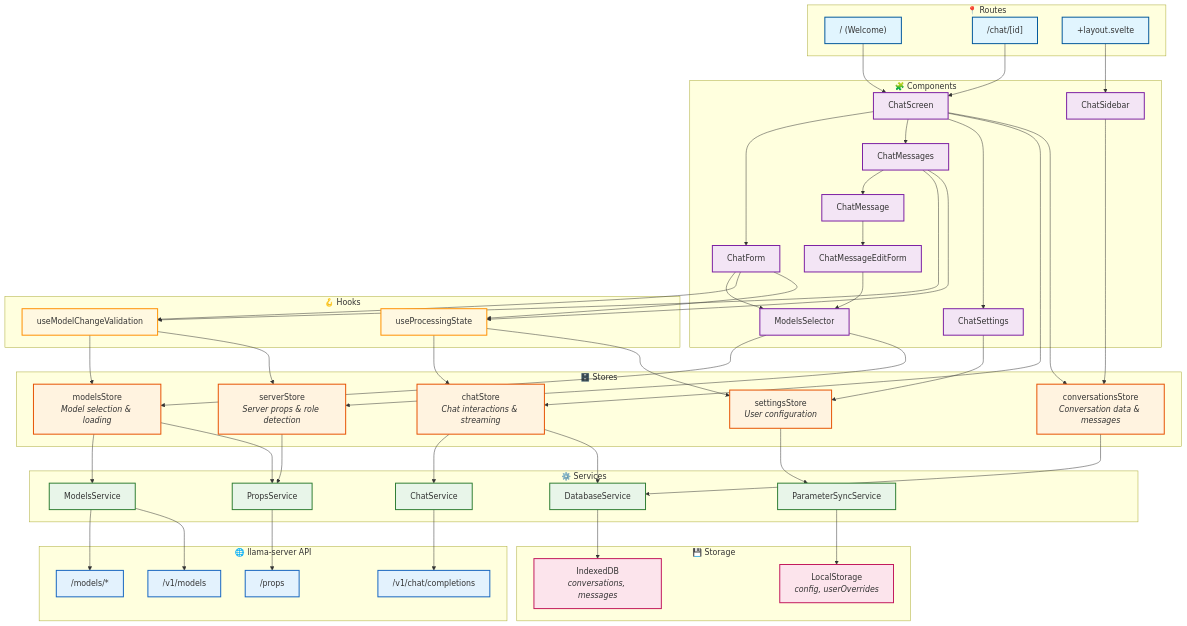
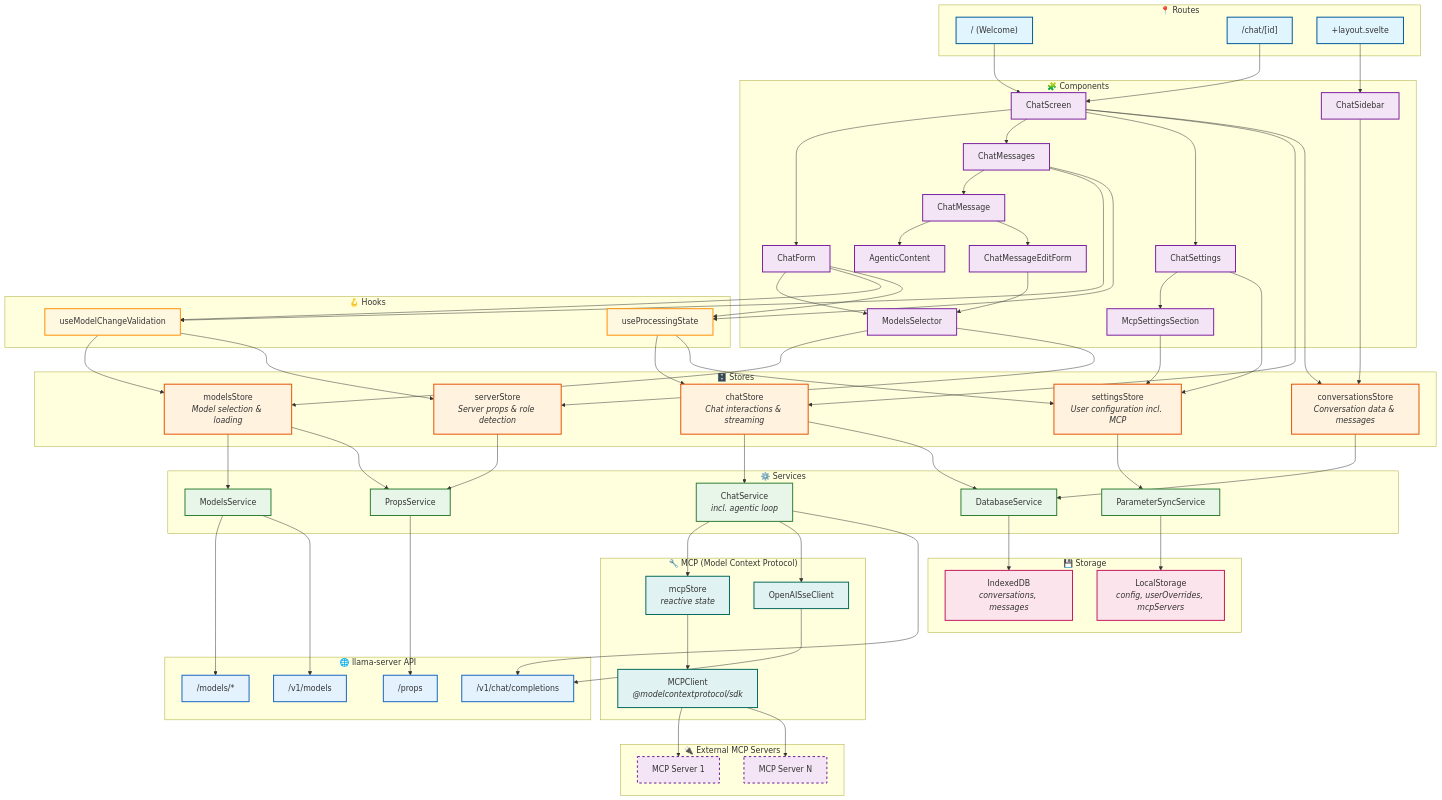
Before and after one commit to auroralabs-loci/llama.cpp: the diagram in tools/server/webui/docs/architecture/high-level-architecture-simplified.md, drawn with Mermaid. The commit also changed 1 other file, not shown here.

Commit message:
docs: Update high-level architecture diagrams for MCP integration

````diff
--- a/tools/server/webui/docs/architecture/high-level-architecture-simplified.md
+++ b/tools/server/webui/docs/architecture/high-level-architecture-simplified.md
@@ -12,9 +12,11 @@
         C_Form["ChatForm"]
         C_Messages["ChatMessages"]
         C_Message["ChatMessage"]
+        C_AgenticContent["AgenticContent"]
         C_MessageEditForm["ChatMessageEditForm"]
         C_ModelsSelector["ModelsSelector"]
         C_Settings["ChatSettings"]
+        C_McpSettings["McpSettingsSection"]
     end
 
     subgraph Hooks["🪝 Hooks"]
@@ -27,20 +29,26 @@
         S2["conversationsStore<br/><i>Conversation data & messages</i>"]
         S3["modelsStore<br/><i>Model selection & loading</i>"]
         S4["serverStore<br/><i>Server props & role detection</i>"]
-        S5["settingsStore<br/><i>User configuration</i>"]
+        S5["settingsStore<br/><i>User configuration incl. MCP</i>"]
     end
 
     subgraph Services["⚙️ Services"]
-        SV1["ChatService"]
+        SV1["ChatService<br/><i>incl. agentic loop</i>"]
         SV2["ModelsService"]
         SV3["PropsService"]
         SV4["DatabaseService"]
         SV5["ParameterSyncService"]
     end
 
+    subgraph MCP["🔧 MCP (Model Context Protocol)"]
+        MCP1["MCPClient<br/><i>@modelcontextprotocol/sdk</i>"]
+        MCP2["mcpStore<br/><i>reactive state</i>"]
+        MCP3["OpenAISseClient"]
+    end
+
     subgraph Storage["💾 Storage"]
         ST1["IndexedDB<br/><i>conversations, messages</i>"]
-        ST2["LocalStorage<br/><i>config, userOverrides</i>"]
+        ST2["LocalStorage<br/><i>config, userOverrides, mcpServers</i>"]
     end
 
     subgraph APIs["🌐 llama-server API"]
@@ -50,6 +58,11 @@
         API4["/v1/models"]
     end
 
+    subgraph ExternalMCP["🔌 External MCP Servers"]
+        EXT1["MCP Server 1"]
+        EXT2["MCP Server N"]
+    end
+
     %% Routes → Components
     R1 & R2 --> C_Screen
     RL --> C_Sidebar
@@ -57,8 +70,10 @@
     %% Component hierarchy
     C_Screen --> C_Form & C_Messages & C_Settings
     C_Messages --> C_Message
+    C_Message --> C_AgenticContent
     C_Message --> C_MessageEditForm
     C_Form & C_MessageEditForm --> C_ModelsSelector
+    C_Settings --> C_McpSettings
 
     %% Components → Hooks → Stores
     C_Form & C_Messages --> H1 & H2
@@ -70,6 +85,7 @@
     C_Sidebar --> S2
     C_ModelsSelector --> S3 & S4
     C_Settings --> S5
+    C_McpSettings --> S5
 
     %% Stores → Services
     S1 --> SV1 & SV4
@@ -77,6 +93,12 @@
     S3 --> SV2 & SV3
     S4 --> SV3
     S5 --> SV5
+
+    %% ChatService → MCP (Agentic Mode)
+    SV1 --> MCP2
+    MCP2 --> MCP1
+    SV1 --> MCP3
+    MCP3 --> API1
 
     %% Services → Storage
     SV4 --> ST1
@@ -87,6 +109,9 @@
     SV2 --> API3 & API4
     SV3 --> API2
 
+    %% MCP → External Servers
+    MCP1 --> EXT1 & EXT2
+
     %% Styling
     classDef routeStyle fill:#e1f5fe,stroke:#01579b,stroke-width:2px
     classDef componentStyle fill:#f3e5f5,stroke:#7b1fa2,stroke-width:2px
@@ -95,12 +120,16 @@
     classDef serviceStyle fill:#e8f5e9,stroke:#2e7d32,stroke-width:2px
     classDef storageStyle fill:#fce4ec,stroke:#c2185b,stroke-width:2px
     classDef apiStyle fill:#e3f2fd,stroke:#1565c0,stroke-width:2px
+    classDef mcpStyle fill:#e0f2f1,stroke:#00695c,stroke-width:2px
+    classDef externalStyle fill:#f3e5f5,stroke:#6a1b9a,stroke-width:2px,stroke-dasharray: 5 5
 
     class R1,R2,RL routeStyle
-    class C_Sidebar,C_Screen,C_Form,C_Messages,C_Message,C_MessageEditForm,C_ModelsSelector,C_Settings componentStyle
+    class C_Sidebar,C_Screen,C_Form,C_Messages,C_Message,C_AgenticContent,C_MessageEditForm,C_ModelsSelector,C_Settings,C_McpSettings componentStyle
     class H1,H2 hookStyle
     class S1,S2,S3,S4,S5 storeStyle
     class SV1,SV2,SV3,SV4,SV5 serviceStyle
     class ST1,ST2 storageStyle
     class API1,API2,API3,API4 apiStyle
+    class MCP1,MCP2,MCP3 mcpStyle
+    class EXT1,EXT2 externalStyle
 ```
````
